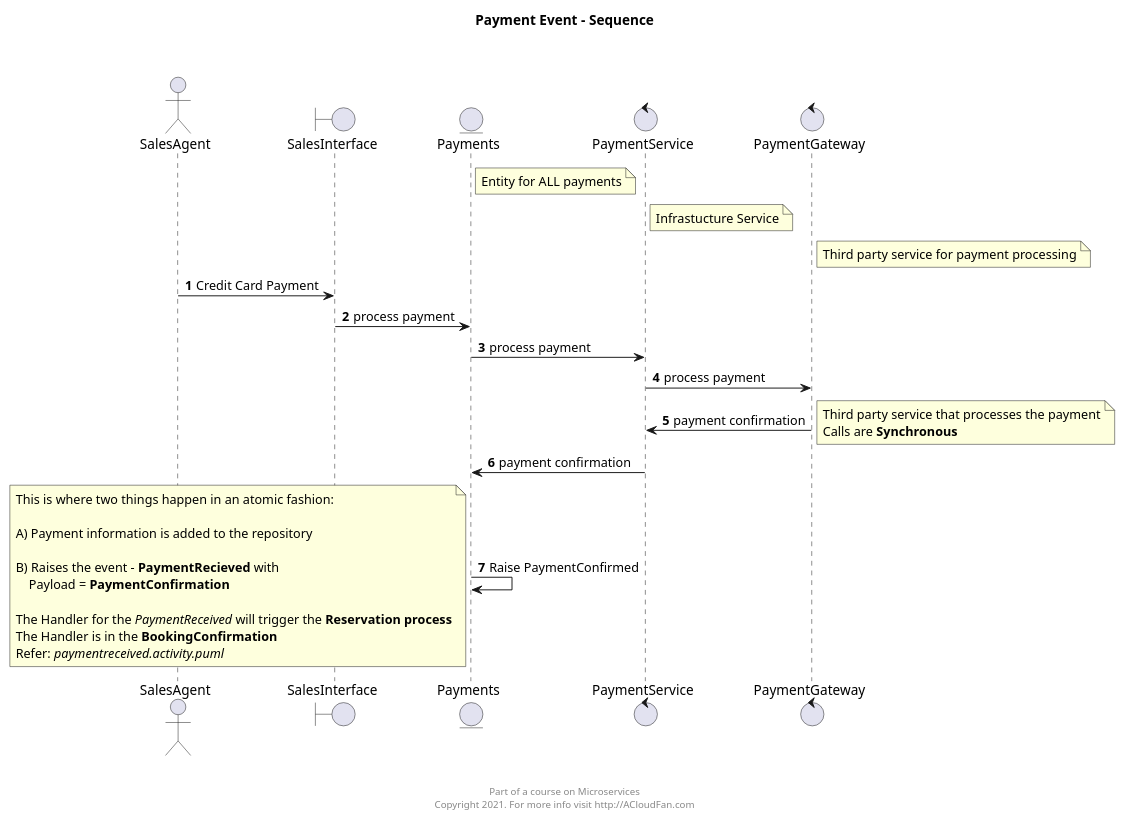
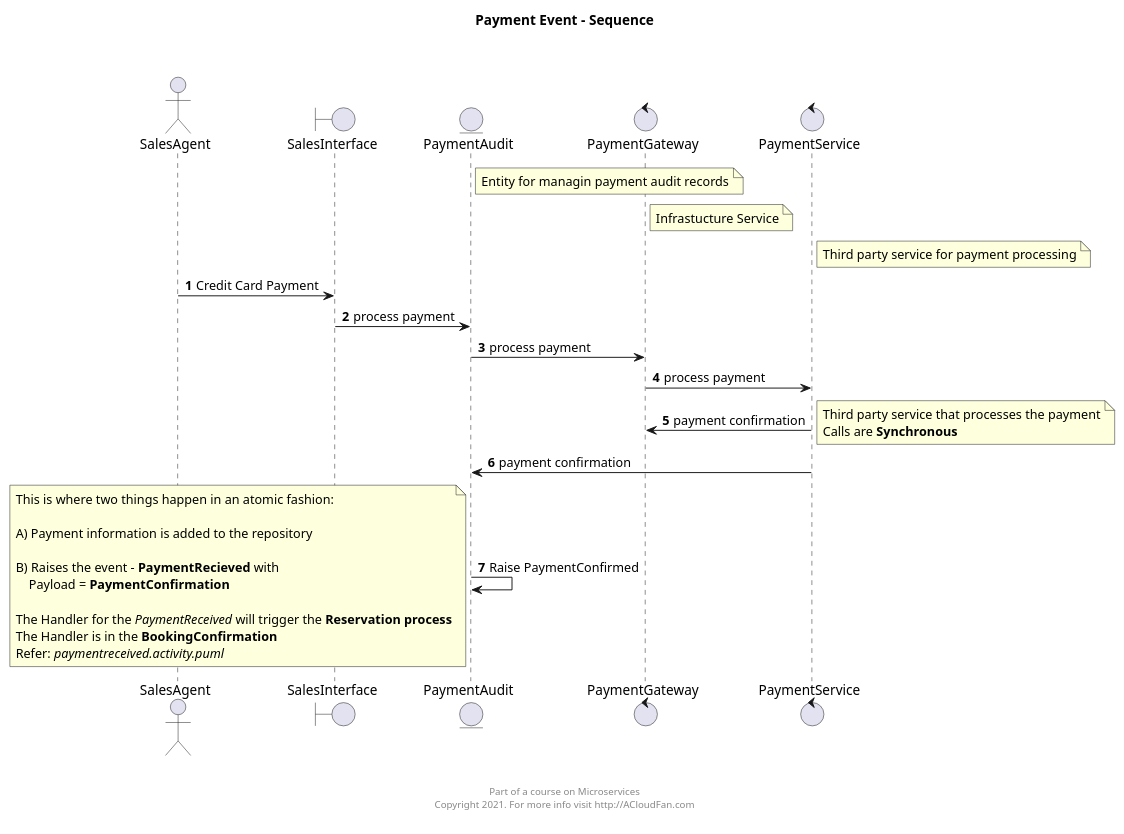
Before and after one commit to acloudfan/MSFA-ACME-Sales-vdraft: the diagram in uml/events/payment.sequence.puml, drawn with PlantUML. The commit also changed 5 other files, not shown here.

```diff
--- a/uml/events/payment.sequence.puml
+++ b/uml/events/payment.sequence.puml
@@ -2,50 +2,51 @@
 @startuml
 
 actor SalesAgent
 boundary  SalesInterface
-entity  Payments
-note right of Payments
-    Entity for ALL payments
+entity  PaymentAudit
+note right of PaymentAudit
+    Entity for managin payment audit records
 end note
+
+control PaymentGateway
+note right PaymentGateway
+    Infrastucture Service
+end note
+
 control PaymentService
 note right PaymentService
-    Infrastucture Service
-end note
-control PaymentGateway
-note right PaymentGateway
     Third party service for payment processing
 end note
 
 autonumber
 SalesAgent -> SalesInterface : Credit Card Payment
-SalesInterface -> Payments: process payment
-Payments -> PaymentService : process payment
-PaymentService -> PaymentGateway : process payment
-PaymentGateway -> PaymentService : payment confirmation
+SalesInterface -> PaymentAudit: process payment
+PaymentAudit -> PaymentGateway : process payment
+PaymentGateway -> PaymentService : process payment
+PaymentService -> PaymentGateway  : payment confirmation
 note right
     Third party service that processes the payment
     Calls are <b>Synchronous</b>
 end note
-PaymentService -> Payments : payment confirmation
 
-Payments -> Payments : Raise PaymentConfirmed
+PaymentService -> PaymentAudit : payment confirmation
+
+PaymentAudit -> PaymentAudit : Raise PaymentConfirmed
 note left
     This is where two things happen in an atomic fashion:
 
     A) Payment information is added to the repository
 
     B) Raises the event - <b>PaymentRecieved</b> with
         Payload = <b>PaymentConfirmation</b>
 
     The Handler for the <i>PaymentReceived</i> will trigger the <b>Reservation process</b>
     The Handler is in the <b>BookingConfirmation</b>
     Refer: <i>paymentreceived.activity.puml</i>
 end note
 
 
 title  Payment Event - Sequence\n\n
 footer \n\n Part of a course on Microservices \n Copyright 2021. For more info visit http://ACloudFan.com \n
 
-
-
 @enduml
```
